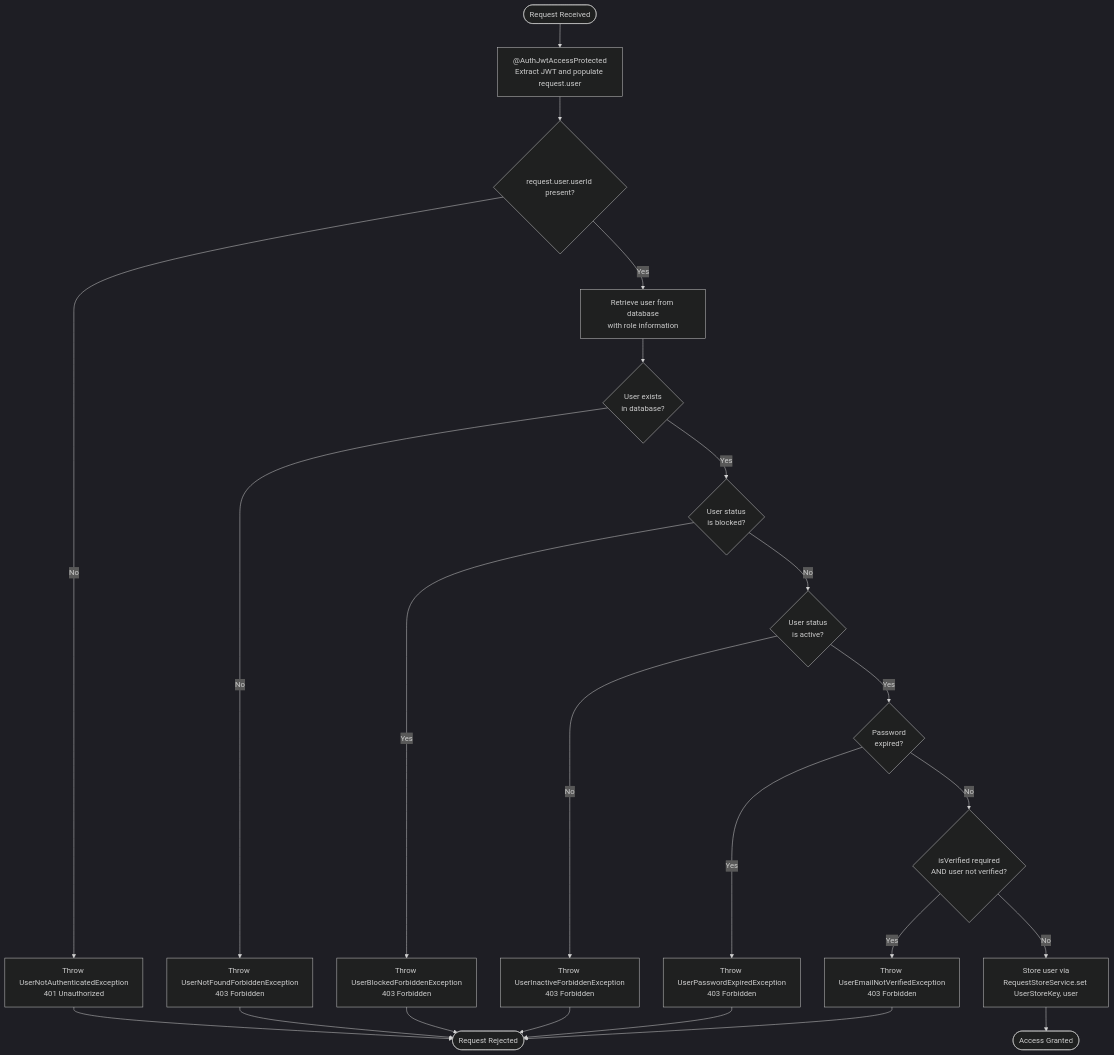
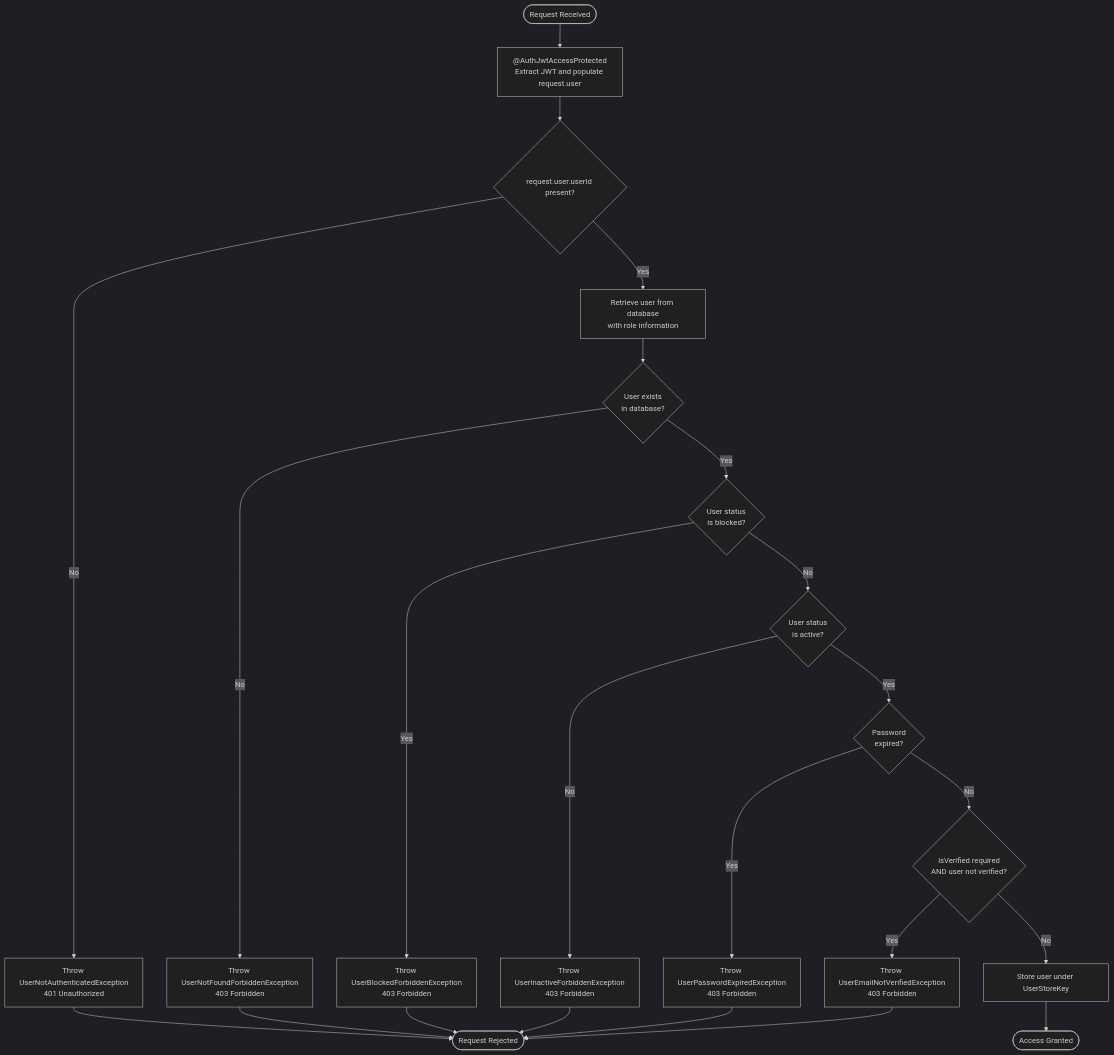
The first of 5 diagrams in docs/authorization.md (andrechristikan/ack-nestjs-boilerplate), drawn with Mermaid (dark theme) before and after one commit. The commit also changed other lines of this file and 303 other files, not shown here.

````diff
--- a/docs/authorization.md
+++ b/docs/authorization.md
@@ -173,32 +173,32 @@
 ```mermaid
 flowchart TD
     Start([Request Received]) --> JwtGuard[ @AuthJwtAccessProtected<br/>Extract JWT and populate request.user]
     JwtGuard --> CheckAuth{request.user.userId present?}
     CheckAuth -->|No| ErrorAuth[Throw UserNotAuthenticatedException<br/>401 Unauthorized]
     CheckAuth -->|Yes| LookupUser[Retrieve user from database<br/>with role information]
     
     LookupUser --> UserExists{User exists<br/>in database?}
     UserExists -->|No| ErrorNotFound[Throw UserNotFoundForbiddenException<br/>403 Forbidden]
     UserExists -->|Yes| CheckBlocked{User status<br/>is blocked?}
     
     CheckBlocked -->|Yes| ErrorBlocked[Throw UserBlockedForbiddenException<br/>403 Forbidden]
     CheckBlocked -->|No| CheckStatus{User status<br/>is active?}
     
     CheckStatus -->|No| ErrorInactive[Throw UserInactiveForbiddenException<br/>403 Forbidden]
     CheckStatus -->|Yes| CheckPassword{Password<br/>expired?}
     
     CheckPassword -->|Yes| ErrorPassword[Throw UserPasswordExpiredException<br/>403 Forbidden]
     CheckPassword -->|No| CheckVerified{isVerified required<br/>AND user not verified?}
     
     CheckVerified -->|Yes| ErrorVerified[Throw UserEmailNotVerifiedException<br/>403 Forbidden]
-    CheckVerified -->|No| SetUser[Store user via<br/>RequestStoreService.set UserStoreKey, user]
+    CheckVerified -->|No| SetUser[Store user under UserStoreKey]
     
     SetUser --> Success([Access Granted])
     
     ErrorAuth --> End([Request Rejected])
     ErrorNotFound --> End
     ErrorBlocked --> End
     ErrorInactive --> End
     ErrorPassword --> End
     ErrorVerified --> End
 ```
````
